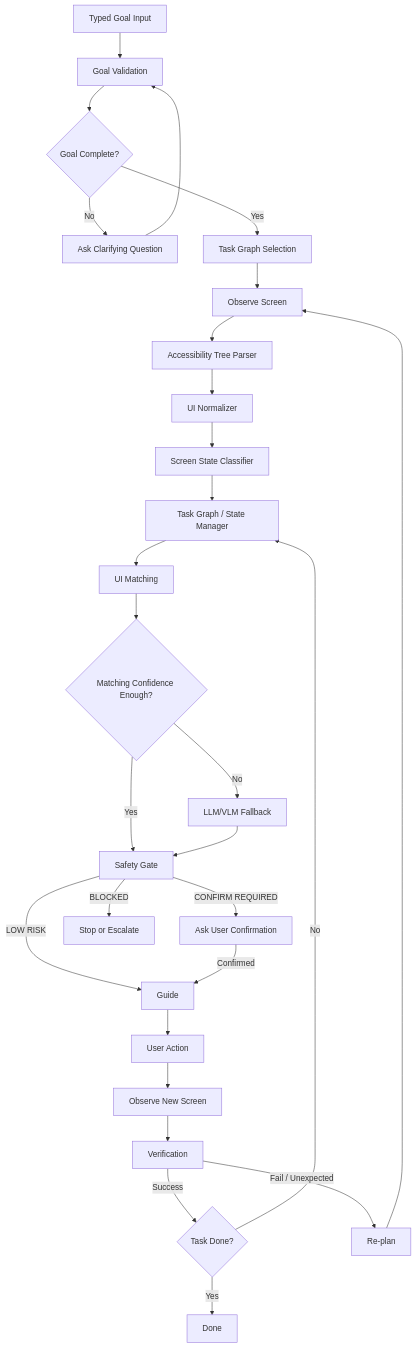
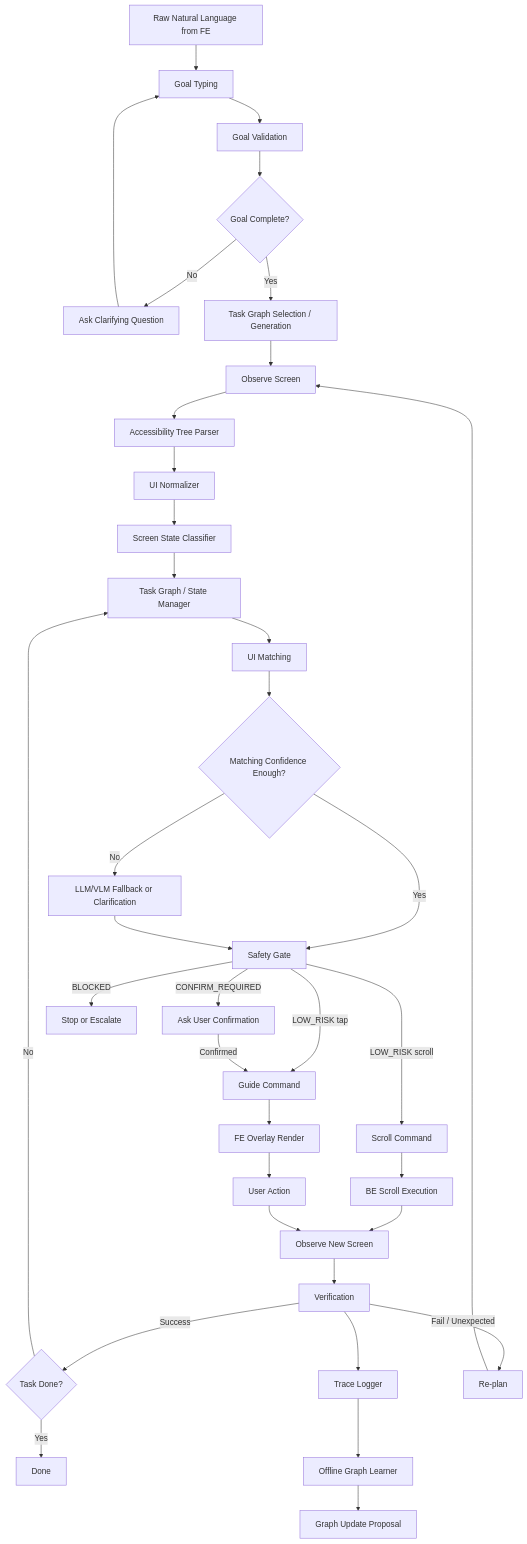
The diagram in docs/ai-agent-architecture.md (Bae-iri/Click), drawn with Mermaid before and after one commit. The commit also changed other lines of this file and 1 other file, not shown here.

Commit message:
feat: feat: AI-Agent task graph update

````diff
--- a/docs/ai-agent-architecture.md
+++ b/docs/ai-agent-architecture.md
@@ -97,30 +182,38 @@
 ```mermaid
 flowchart TD
-    A[Typed Goal Input] --> B[Goal Validation]
-    B --> C{Goal Complete?}
-    C -->|No| D[Ask Clarifying Question]
-    C -->|Yes| E[Task Graph Selection]
-    D --> B
-    E --> F[Observe Screen]
-    F --> G[Accessibility Tree Parser]
-    G --> H[UI Normalizer]
-    H --> I[Screen State Classifier]
-    I --> J[Task Graph / State Manager]
-    J --> K[UI Matching]
-    K --> L{Matching Confidence Enough?}
-    L -->|Yes| M[Safety Gate]
-    L -->|No| N[LLM/VLM Fallback]
-    N --> M
-    M -->|LOW RISK| O[Guide]
-    M -->|CONFIRM REQUIRED| P[Ask User Confirmation]
-    M -->|BLOCKED| Q[Stop or Escalate]
-    P -->|Confirmed| O
-    O --> R[User Action]
-    R --> S[Observe New Screen]
-    S --> T[Verification]
-    T -->|Success| U{Task Done?}
-    U -->|No| J
-    U -->|Yes| V[Done]
-    T -->|Fail / Unexpected| W[Re-plan]
-    W --> F
+    A[Raw Natural Language from FE] --> B[Goal Typing]
+    B --> C[Goal Validation]
+    C --> D{Goal Complete?}
+    D -->|No| E[Ask Clarifying Question]
+    E --> B
+    D -->|Yes| F[Task Graph Selection / Generation]
+    F --> G[Observe Screen]
+    G --> H[Accessibility Tree Parser]
+    H --> I[UI Normalizer]
+    I --> J[Screen State Classifier]
+    J --> K[Task Graph / State Manager]
+    K --> L[UI Matching]
+    L --> M{Matching Confidence Enough?}
+    M -->|Yes| N[Safety Gate]
+    M -->|No| O[LLM/VLM Fallback or Clarification]
+    O --> N
+    N -->|LOW_RISK tap| P[Guide Command]
+    N -->|LOW_RISK scroll| Q[Scroll Command]
+    N -->|CONFIRM_REQUIRED| R[Ask User Confirmation]
+    N -->|BLOCKED| S[Stop or Escalate]
+    R -->|Confirmed| P
+    P --> T[FE Overlay Render]
+    T --> U[User Action]
+    Q --> V[BE Scroll Execution]
+    V --> W[Observe New Screen]
+    U --> W
+    W --> X[Verification]
+    X --> Y[Trace Logger]
+    X -->|Success| Z{Task Done?}
+    Z -->|No| K
+    Z -->|Yes| AA[Done]
+    X -->|Fail / Unexpected| AB[Re-plan]
+    AB --> G
+    Y --> AC[Offline Graph Learner]
+    AC --> AD[Graph Update Proposal]
 ```
````
